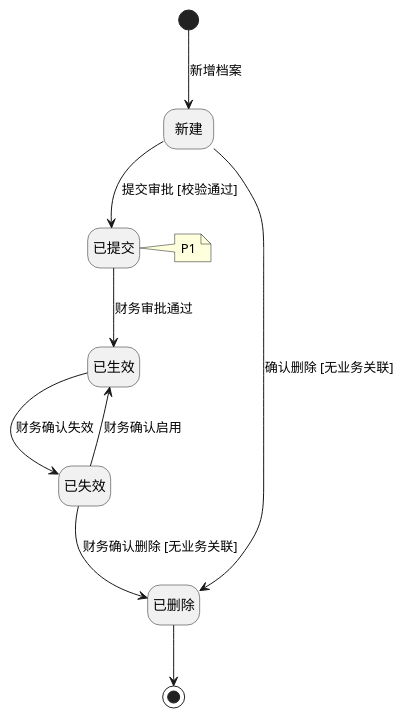
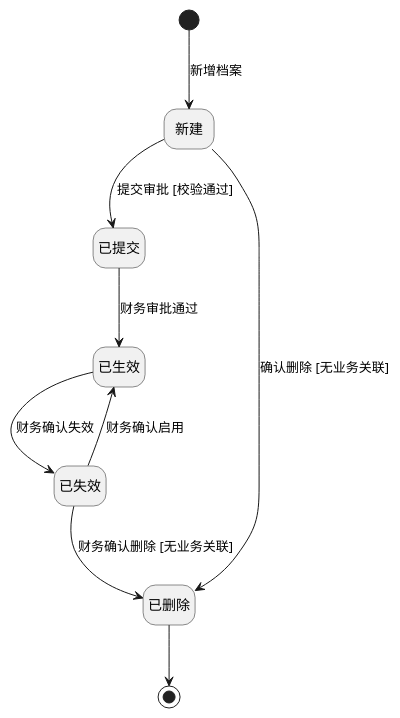
One commit to jack888332/projects-doc changed the first of 2 diagrams in product-caliber/goldjet/segmented-prd/PRD.高捷物流系统一期.第003篇.基础信息-合作方档案管理.A9F351FB48.md. Above: the diagram before and after it, drawn with PlantUML. The commit also changed other lines of this file and 24 other files, not shown here.

````diff
--- a/product-caliber/goldjet/segmented-prd/PRD.高捷物流系统一期.第003篇.基础信息-合作方档案管理.A9F351FB48.md
+++ b/product-caliber/goldjet/segmented-prd/PRD.高捷物流系统一期.第003篇.基础信息-合作方档案管理.A9F351FB48.md
@@ -48,19 +48,18 @@
 ```plantuml
 @startuml goldjet-state-003-partner-record
 hide empty description
 state "新建" as Draft
 state "已提交" as Submitted
 state "已生效" as Active
 state "已失效" as Inactive
 state "已删除" as Deleted
 [*] --> Draft : 新增档案
 Draft --> Submitted : 提交审批 [校验通过]
 Submitted --> Active : 财务审批通过
 Active --> Inactive : 财务确认失效
 Inactive --> Active : 财务确认启用
 Draft --> Deleted : 确认删除 [无业务关联]
 Inactive --> Deleted : 财务确认删除 [无业务关联]
 Deleted --> [*]
-note right of Submitted : P1
 @enduml
 ```
````
